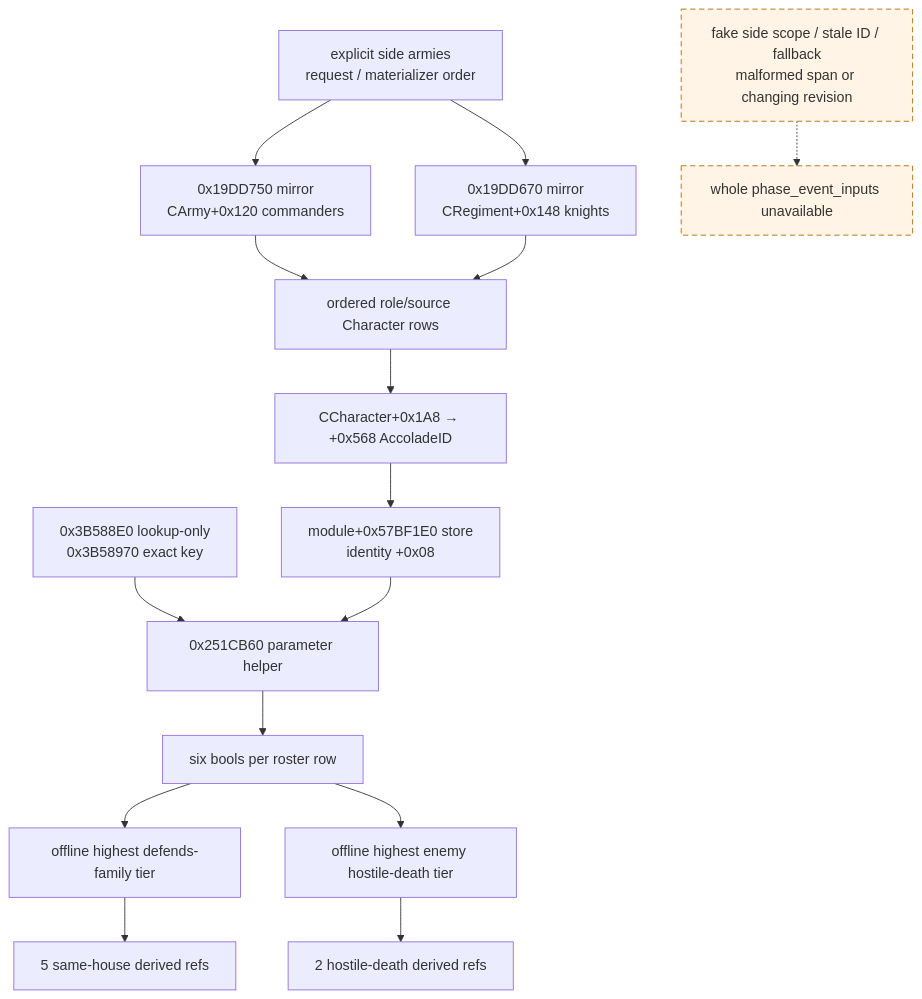
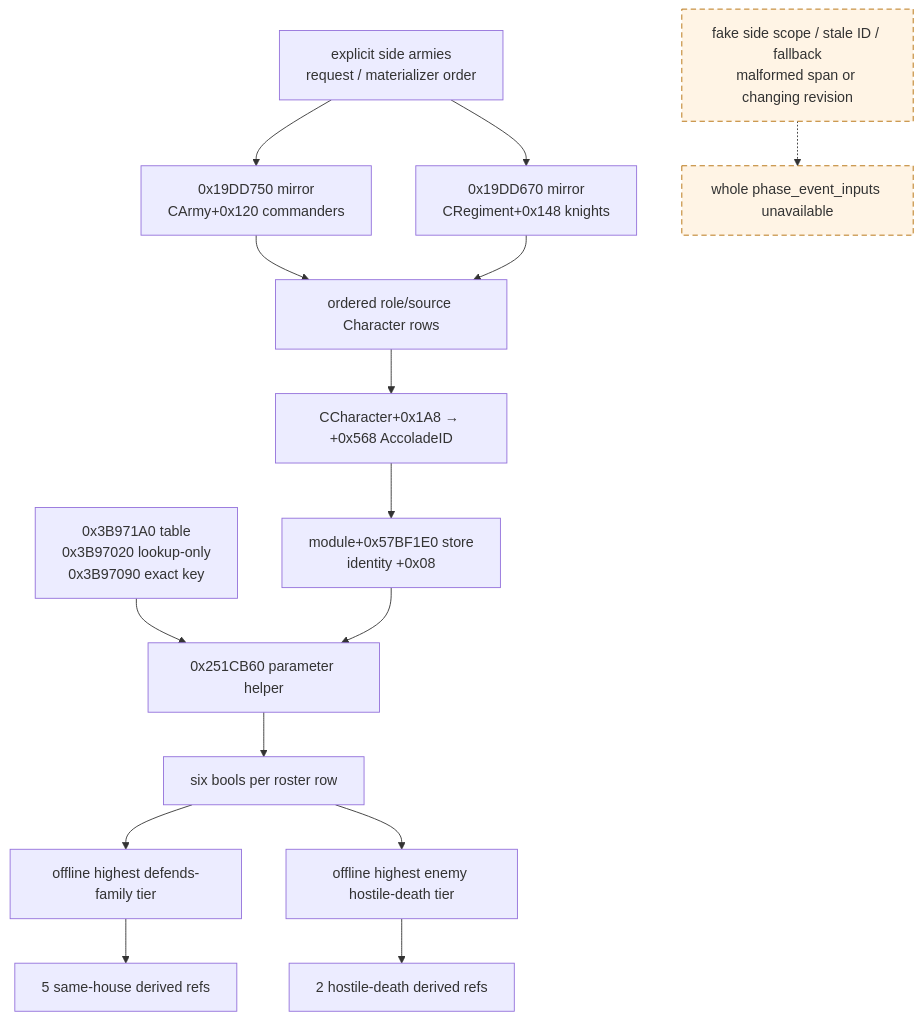
One commit to XenoAmess/ck3_eternal_recurrence changed diagram 17 of 23 in docs/ck3-native-ai/combat-phase-events.md. Above: the diagram before and after it, drawn with Mermaid. The commit also changed other lines of this file and 54 other files, not shown here.

````diff
--- a/docs/ck3-native-ai/combat-phase-events.md
+++ b/docs/ck3-native-ai/combat-phase-events.md
@@ -1498,19 +1558,19 @@
 ```mermaid
 flowchart TD
     A["explicit side armies<br/>request / materializer order"] --> C["0x19DD750 mirror<br/>CArmy+0x120 commanders"]
     A --> K["0x19DD670 mirror<br/>CRegiment+0x148 knights"]
     C --> R["ordered role/source Character rows"]
     K --> R
     R --> L["CCharacter+0x1A8 → +0x568 AccoladeID"]
     L --> S["module+0x57BF1E0 store<br/>identity +0x08"]
-    I["0x3B588E0 lookup-only<br/>0x3B58970 exact key"] --> H["0x251CB60 parameter helper"]
+    I["0x3B971A0 table<br/>0x3B97020 lookup-only<br/>0x3B97090 exact key"] --> H["0x251CB60 parameter helper"]
     S --> H
     H --> P["six bools per roster row"]
     P --> F["offline highest defends-family tier"]
     P --> D["offline highest enemy hostile-death tier"]
     F --> O["5 same-house derived refs"]
     D --> O2["2 hostile-death derived refs"]
     X["fake side scope / stale ID / fallback<br/>malformed span or changing revision"] -.-> U["whole phase_event_inputs unavailable"]
     classDef unknown stroke-dasharray: 6 4,fill:#fff4e5,stroke:#b36b00;
     class X,U unknown;
 ```
````
